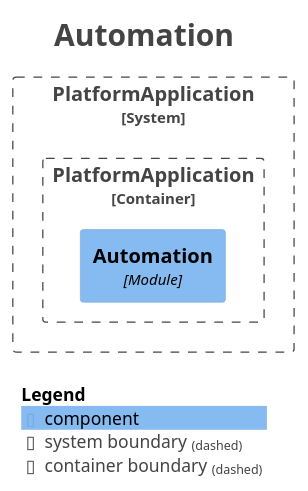
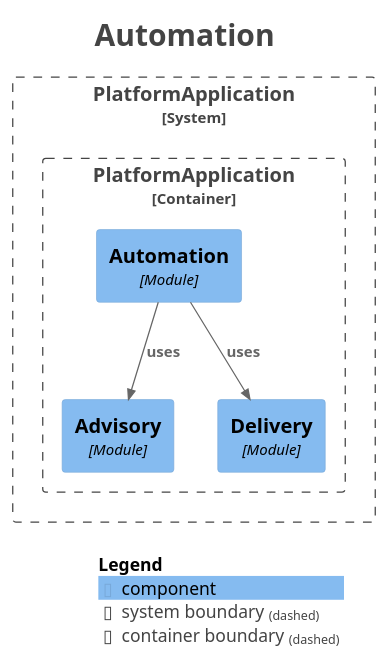
The diagram in docs/architecture/module-automation.puml (youssefBM2104/2bgreen), drawn with PlantUML before and after one commit. The commit also changed 39 other files, not shown here.

```diff
--- a/docs/architecture/module-automation.puml
+++ b/docs/architecture/module-automation.puml
@@ -1,27 +1,32 @@
 @startuml
 title <size:24>Automation</size>
 
 set separator none
 top to bottom direction
 
 <style>
   root {
     BackgroundColor: #ffffff
     FontColor: #444444
   }
 </style>
 
 !include <C4/C4>
 !include <C4/C4_Context>
 !include <C4/C4_Component>
 
 System_Boundary("PlatformApplication_boundary", "PlatformApplication", $tags="") {
   Container_Boundary("PlatformApplication.PlatformApplication_boundary", "PlatformApplication", $tags="") {
+    Component(PlatformApplication.PlatformApplication.Advisory, "Advisory", $techn="Module", $descr="", $tags="", $link="")
+    Component(PlatformApplication.PlatformApplication.Delivery, "Delivery", $techn="Module", $descr="", $tags="", $link="")
     Component(PlatformApplication.PlatformApplication.Automation, "Automation", $techn="Module", $descr="", $tags="", $link="")
   }
 
 }
 
+Rel(PlatformApplication.PlatformApplication.Automation, PlatformApplication.PlatformApplication.Delivery, "uses", $techn="", $tags="", $link="")
+Rel(PlatformApplication.PlatformApplication.Automation, PlatformApplication.PlatformApplication.Advisory, "uses", $techn="", $tags="", $link="")
+
 SHOW_LEGEND(true)
 hide stereotypes
 @enduml
```
